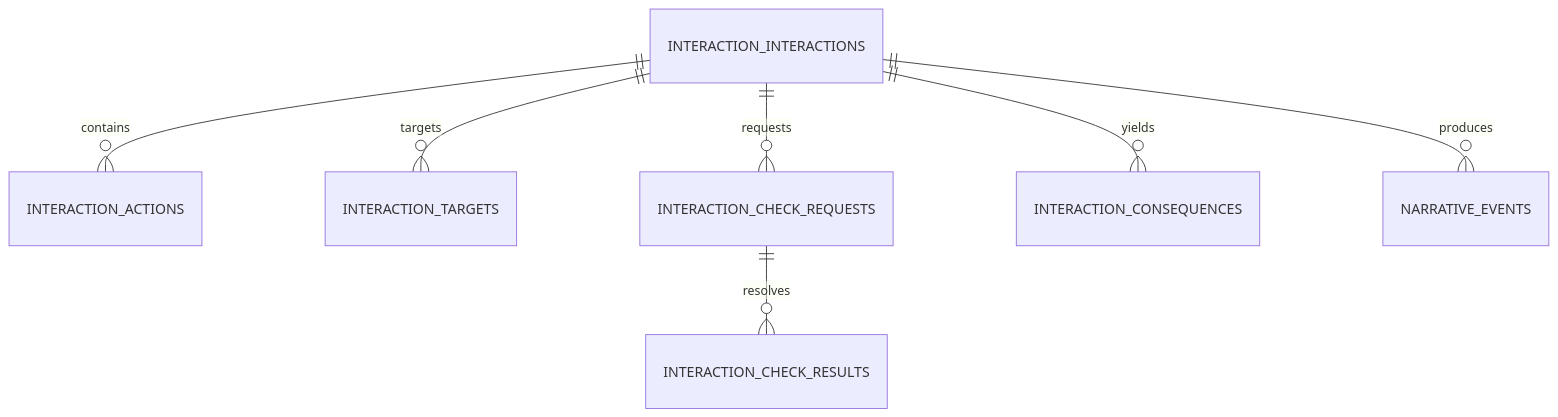
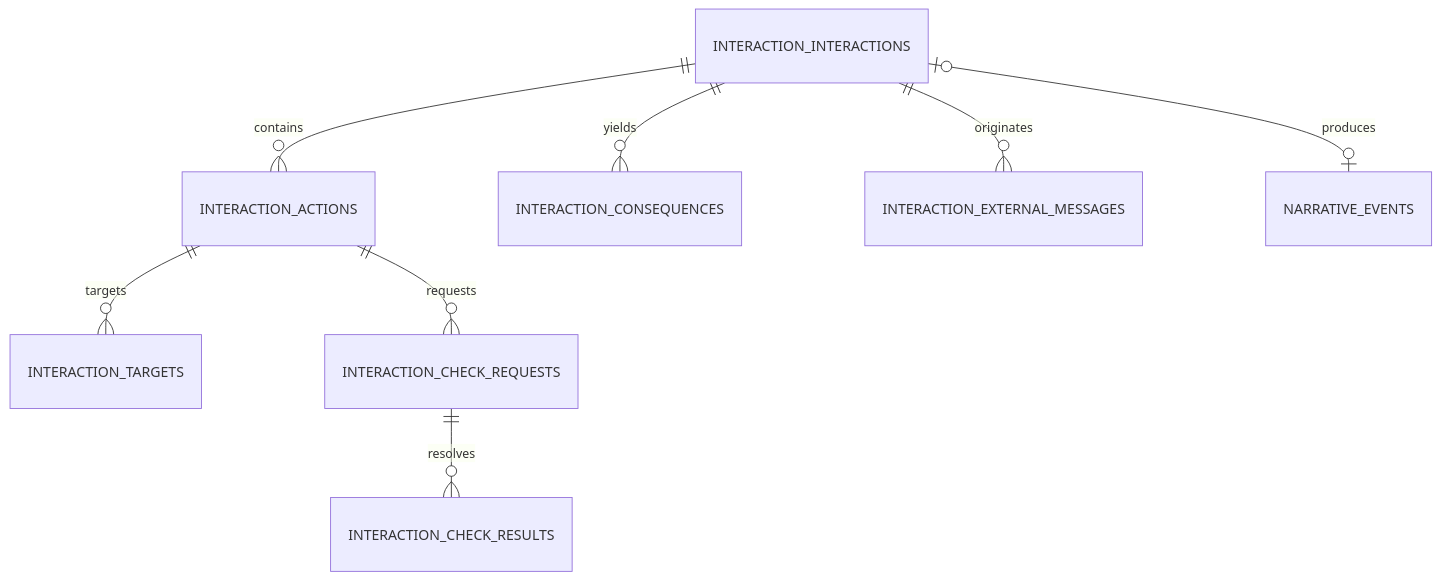
One commit to NemesisGhost/dnd_ai changed the tenth of 11 diagrams in docs/architecture/DATABASE_MODEL.md. Above: the diagram before and after it, drawn with Mermaid. The commit also changed other lines of this file and 9 other files, not shown here.

````diff
--- a/docs/architecture/DATABASE_MODEL.md
+++ b/docs/architecture/DATABASE_MODEL.md
@@ -648,9 +650,10 @@
 ```mermaid
 erDiagram
     INTERACTION_INTERACTIONS ||--o{ INTERACTION_ACTIONS : contains
-    INTERACTION_INTERACTIONS ||--o{ INTERACTION_TARGETS : targets
-    INTERACTION_INTERACTIONS ||--o{ INTERACTION_CHECK_REQUESTS : requests
+    INTERACTION_ACTIONS ||--o{ INTERACTION_TARGETS : targets
+    INTERACTION_ACTIONS ||--o{ INTERACTION_CHECK_REQUESTS : requests
     INTERACTION_CHECK_REQUESTS ||--o{ INTERACTION_CHECK_RESULTS : resolves
     INTERACTION_INTERACTIONS ||--o{ INTERACTION_CONSEQUENCES : yields
-    INTERACTION_INTERACTIONS ||--o{ NARRATIVE_EVENTS : produces
+    INTERACTION_INTERACTIONS ||--o{ INTERACTION_EXTERNAL_MESSAGES : originates
+    INTERACTION_INTERACTIONS |o--o| NARRATIVE_EVENTS : produces
 ```
````
